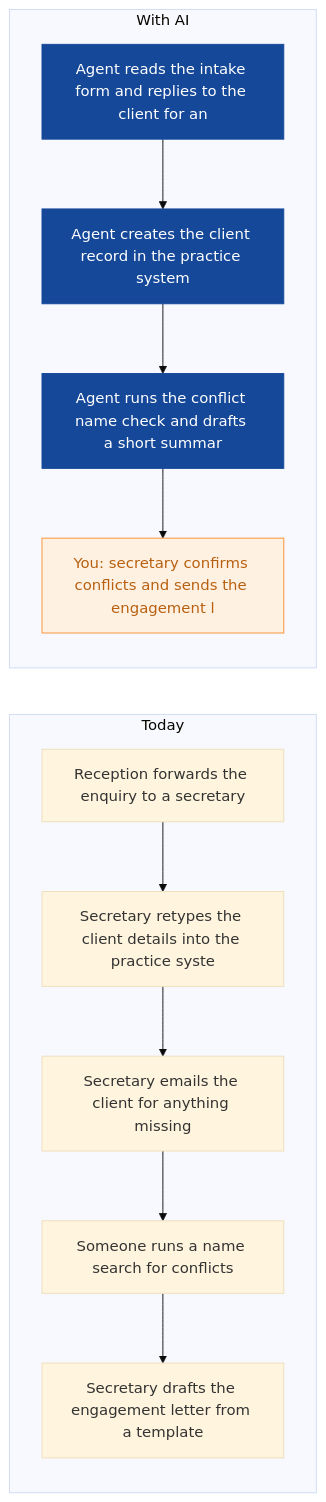
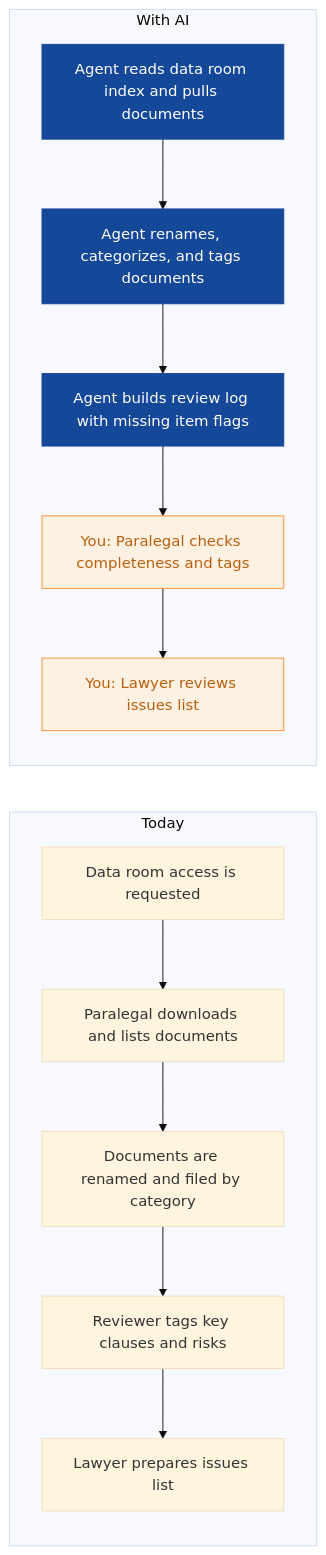
Before and after one commit to nexibeo/Complete-AI-Strategy: the sixth of 9 diagrams in strategies/lumen-legal.md, drawn with Mermaid (base theme). The commit also changed other lines of this file and 26 other files, not shown here.

````diff
--- a/strategies/lumen-legal.md
+++ b/strategies/lumen-legal.md
@@ -187,22 +198,23 @@
 ```mermaid
 flowchart LR
   subgraph Today
-    B0["Reception forwards the enquiry to a secretary"]
-    B1["Secretary retypes the client details into the practice syste"]
-    B2["Secretary emails the client for anything missing"]
-    B3["Someone runs a name search for conflicts"]
-    B4["Secretary drafts the engagement letter from a template"]
+    B0["Data room access is requested"]
+    B1["Paralegal downloads and lists documents"]
+    B2["Documents are renamed and filed by category"]
+    B3["Reviewer tags key clauses and risks"]
+    B4["Lawyer prepares issues list"]
     B0 --> B1 --> B2 --> B3 --> B4
   end
   subgraph WithAI[With AI]
-    A0["Agent reads the intake form and replies to the client for an"]
-    A1["Agent creates the client record in the practice system"]
-    A2["Agent runs the conflict name check and drafts a short summar"]
-    A3["You: secretary confirms conflicts and sends the engagement l"]
-    A0 --> A1 --> A2 --> A3
+    A0["Agent reads data room index and pulls documents"]
+    A1["Agent renames, categorizes, and tags documents"]
+    A2["Agent builds review log with missing item flags"]
+    A3["You: Paralegal checks completeness and tags"]
+    A4["You: Lawyer reviews issues list"]
+    A0 --> A1 --> A2 --> A3 --> A4
   end
   classDef ai fill:#154899,color:#fff,stroke:#154899
   classDef human fill:#FFF1E2,color:#B8600F,stroke:#F98F2C
   class A0,A1,A2 ai
-  class A3 human
+  class A3,A4 human
 ```
````
